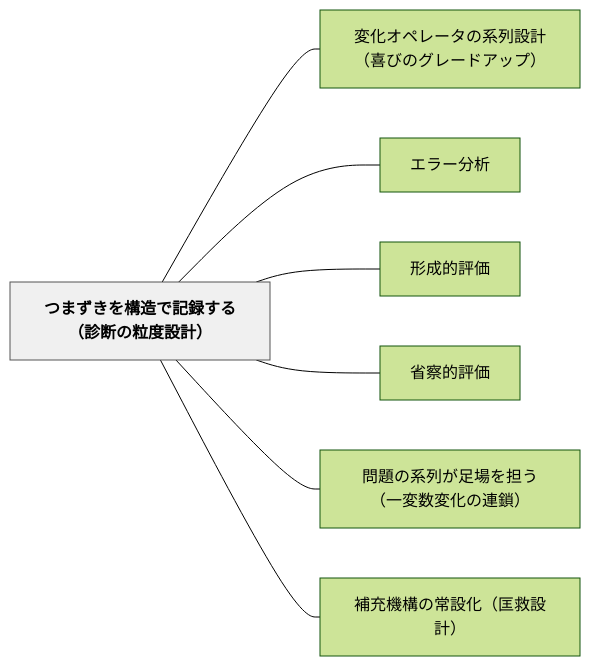
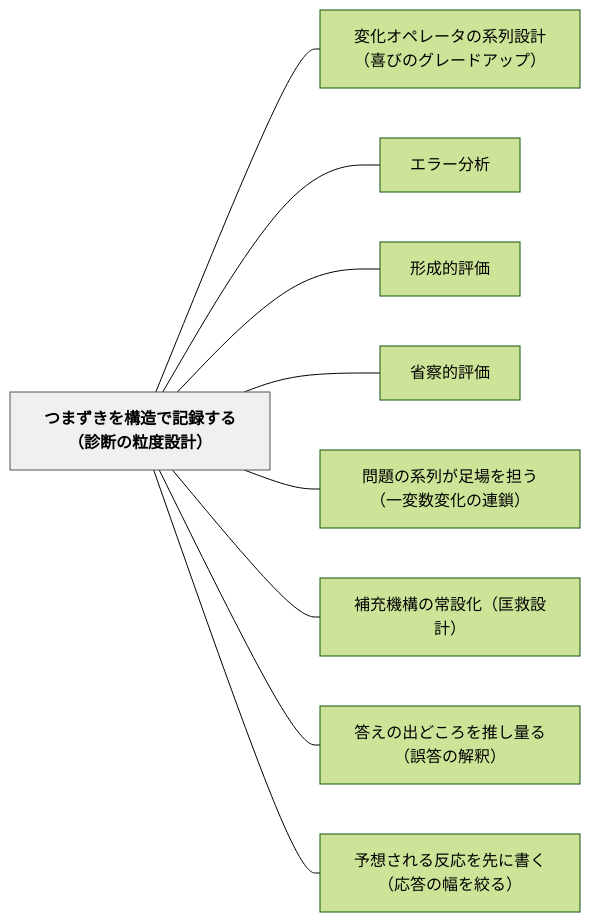
Before and after one commit to unknownthings-ed-patterns/unknownthings-ed-patterns: the diagram in content/パタン/つまずきを構造で記録する（診断の粒度設計）.md, drawn with Mermaid (forest theme). The commit also changed other lines of this file and 84 other files, not shown here.

````diff
--- a/content/パタン/つまずきを構造で記録する（診断の粒度設計）.md
+++ b/content/パタン/つまずきを構造で記録する（診断の粒度設計）.md
@@ -112,20 +115,24 @@
 ```mermaid
 flowchart LR
     ne381a4e381bee3819ae3818de38292e6a78be980a0e381a7e8a898e98cb2e38199e3828befbc88e8a8bae696ade381aee7b292e5baa6e8a8ade8a888efbc89["つまずきを構造で記録する（診断の粒度設計）"]
     ne5a489e58c96e382aae3839ae383ace383bce382bfe381aee7b3bbe58897e8a8ade8a888efbc88e5969ce381b3e381aee382b0e383ace383bce38389e382a2e38383e38397efbc89["変化オペレータの系列設計（喜びのグレードアップ）"]
     ne382a8e383a9e383bce58886e69e90["エラー分析"]
     ne5bda2e68890e79a84e8a995e4bea1["形成的評価"]
     ne79c81e5af9fe79a84e8a995e4bea1["省察的評価"]
     ne5958fe9a18ce381aee7b3bbe58897e3818ce8b6b3e5a0b4e38292e68b85e38186efbc88e4b880e5a489e695b0e5a489e58c96e381aee980a3e98e96efbc89["問題の系列が足場を担う（一変数変化の連鎖）"]
     ne8a39ce58585e6a99fe6a78be381aee5b8b8e8a8ade58c96efbc88e58ca1e69591e8a8ade8a888efbc89["補充機構の常設化（匡救設計）"]
+    ne7ad94e38188e381aee587bae381a9e38193e3828de38292e68ea8e38197e9878fe3828befbc88e8aaa4e7ad94e381aee8a7a3e98788efbc89["答えの出どころを推し量る（誤答の解釈）"]
+    ne4ba88e683b3e38195e3828ce3828be58f8de5bf9ce38292e58588e381abe69bb8e3818fefbc88e5bf9ce7ad94e381aee5b985e38292e7b59ee3828befbc89["予想される反応を先に書く（応答の幅を絞る）"]
 
     ne381a4e381bee3819ae3818de38292e6a78be980a0e381a7e8a898e98cb2e38199e3828befbc88e8a8bae696ade381aee7b292e5baa6e8a8ade8a888efbc89 --- ne5a489e58c96e382aae3839ae383ace383bce382bfe381aee7b3bbe58897e8a8ade8a888efbc88e5969ce381b3e381aee382b0e383ace383bce38389e382a2e38383e38397efbc89
     ne381a4e381bee3819ae3818de38292e6a78be980a0e381a7e8a898e98cb2e38199e3828befbc88e8a8bae696ade381aee7b292e5baa6e8a8ade8a888efbc89 --- ne382a8e383a9e383bce58886e69e90
     ne381a4e381bee3819ae3818de38292e6a78be980a0e381a7e8a898e98cb2e38199e3828befbc88e8a8bae696ade381aee7b292e5baa6e8a8ade8a888efbc89 --- ne5bda2e68890e79a84e8a995e4bea1
     ne381a4e381bee3819ae3818de38292e6a78be980a0e381a7e8a898e98cb2e38199e3828befbc88e8a8bae696ade381aee7b292e5baa6e8a8ade8a888efbc89 --- ne79c81e5af9fe79a84e8a995e4bea1
     ne381a4e381bee3819ae3818de38292e6a78be980a0e381a7e8a898e98cb2e38199e3828befbc88e8a8bae696ade381aee7b292e5baa6e8a8ade8a888efbc89 --- ne5958fe9a18ce381aee7b3bbe58897e3818ce8b6b3e5a0b4e38292e68b85e38186efbc88e4b880e5a489e695b0e5a489e58c96e381aee980a3e98e96efbc89
     ne381a4e381bee3819ae3818de38292e6a78be980a0e381a7e8a898e98cb2e38199e3828befbc88e8a8bae696ade381aee7b292e5baa6e8a8ade8a888efbc89 --- ne8a39ce58585e6a99fe6a78be381aee5b8b8e8a8ade58c96efbc88e58ca1e69591e8a8ade8a888efbc89
+    ne381a4e381bee3819ae3818de38292e6a78be980a0e381a7e8a898e98cb2e38199e3828befbc88e8a8bae696ade381aee7b292e5baa6e8a8ade8a888efbc89 --- ne7ad94e38188e381aee587bae381a9e38193e3828de38292e68ea8e38197e9878fe3828befbc88e8aaa4e7ad94e381aee8a7a3e98788efbc89
+    ne381a4e381bee3819ae3818de38292e6a78be980a0e381a7e8a898e98cb2e38199e3828befbc88e8a8bae696ade381aee7b292e5baa6e8a8ade8a888efbc89 --- ne4ba88e683b3e38195e3828ce3828be58f8de5bf9ce38292e58588e381abe69bb8e3818fefbc88e5bf9ce7ad94e381aee5b985e38292e7b59ee3828befbc89
 
     classDef hub fill:#f0f0f0,stroke:#555,color:#000,font-weight:bold
     class ne381a4e381bee3819ae3818de38292e6a78be980a0e381a7e8a898e98cb2e38199e3828befbc88e8a8bae696ade381aee7b292e5baa6e8a8ade8a888efbc89 hub
 ```
````
